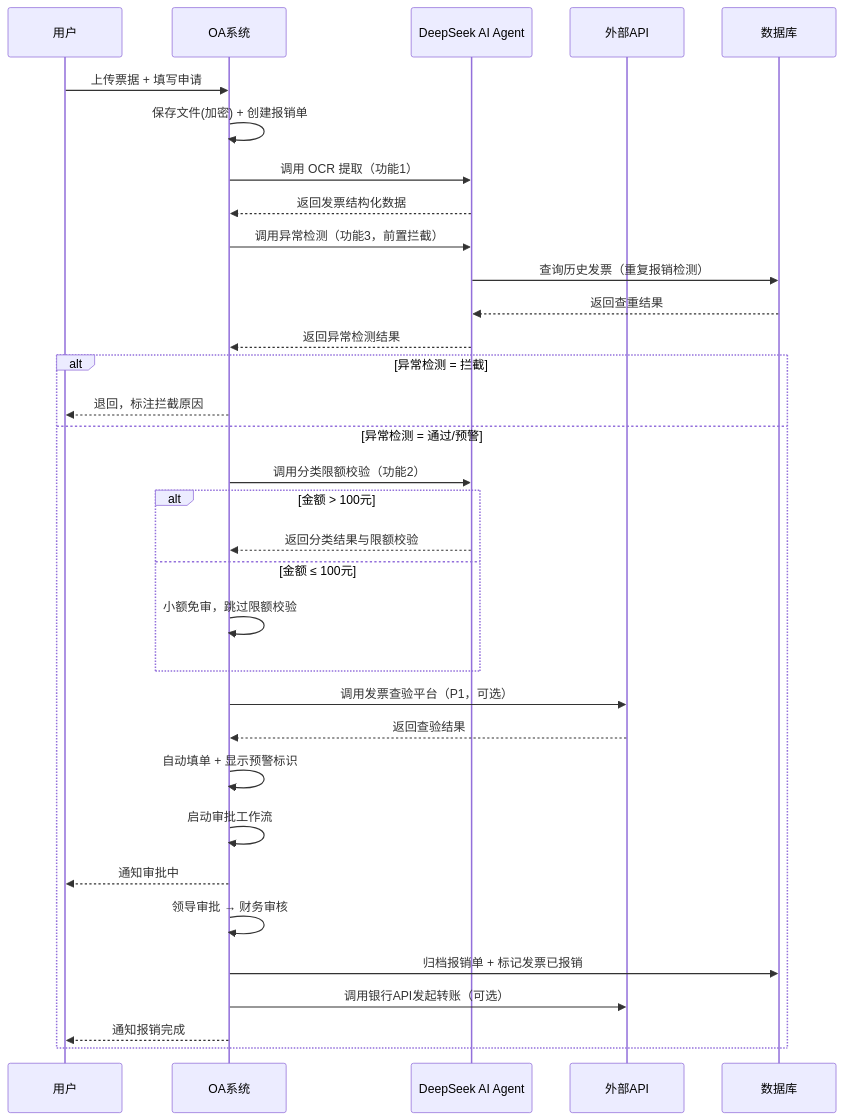
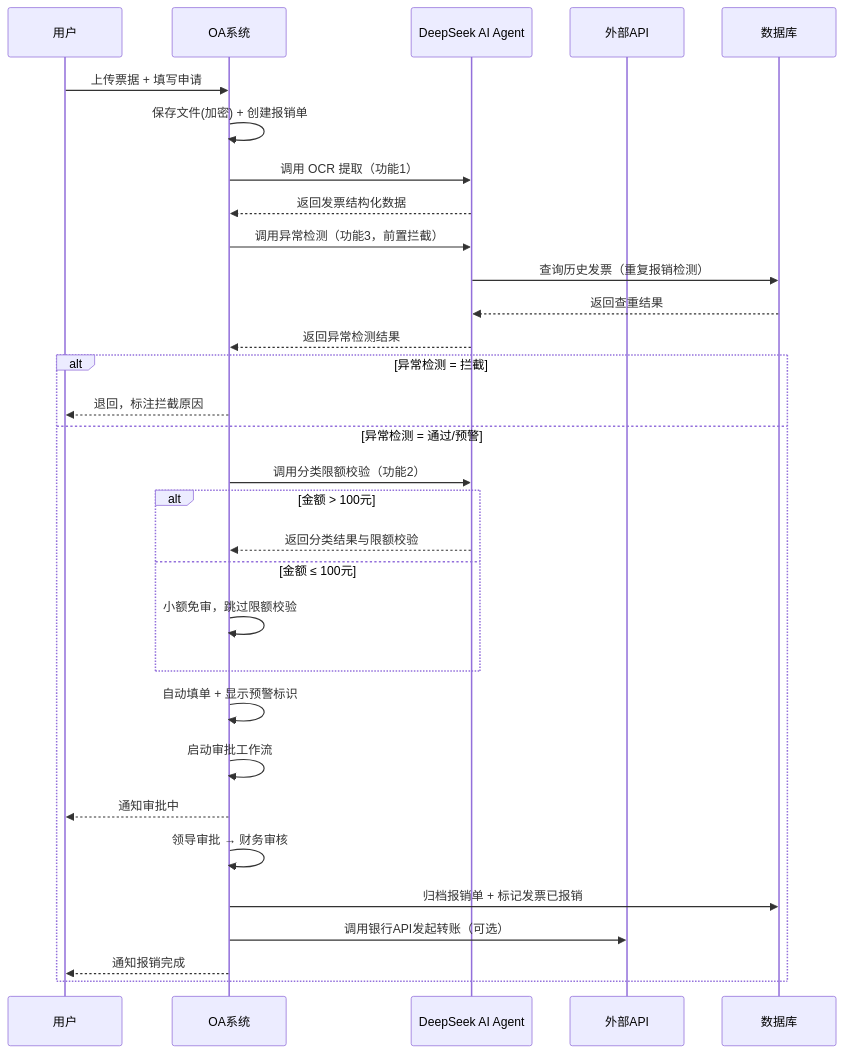
One commit to nickluo2026/OA-Reimbursement-AIAgent changed the second of 5 diagrams in docs/design.md. Above: the diagram before and after it, drawn with Mermaid. The commit also changed other lines of this file and 49 other files, not shown here.

````diff
--- a/docs/design.md
+++ b/docs/design.md
@@ -589,41 +588,38 @@
 ```mermaid
 sequenceDiagram
     participant U as 用户
     participant OA as  OA系统
     participant AI as DeepSeek AI Agent
     participant EXT as 外部API
     participant DB as 数据库
 
     U->>OA: 上传票据 + 填写申请
     OA->>OA: 保存文件(加密) + 创建报销单
     OA->>AI: 调用 OCR 提取（功能1）
     AI-->>OA: 返回发票结构化数据
 
     OA->>AI: 调用异常检测（功能3，前置拦截）
     AI->>DB: 查询历史发票（重复报销检测）
     DB-->>AI: 返回查重结果
     AI-->>OA: 返回异常检测结果
 
     alt 异常检测 = 拦截
         OA-->>U: 退回，标注拦截原因
     else 异常检测 = 通过/预警
         OA->>AI: 调用分类限额校验（功能2）
         alt 金额 > 100元
             AI-->>OA: 返回分类结果与限额校验
         else 金额 ≤ 100元
             OA->>OA: 小额免审，跳过限额校验
         end
 
-        OA->>EXT: 调用发票查验平台（P1，可选）
-        EXT-->>OA: 返回查验结果
-
         OA->>OA: 自动填单 + 显示预警标识
         OA->>OA: 启动审批工作流
         OA-->>U: 通知审批中
 
         OA->>OA: 领导审批 → 财务审核
         OA->>DB: 归档报销单 + 标记发票已报销
         OA->>EXT: 调用银行API发起转账（可选）
         OA-->>U: 通知报销完成
     end
 ```
````
